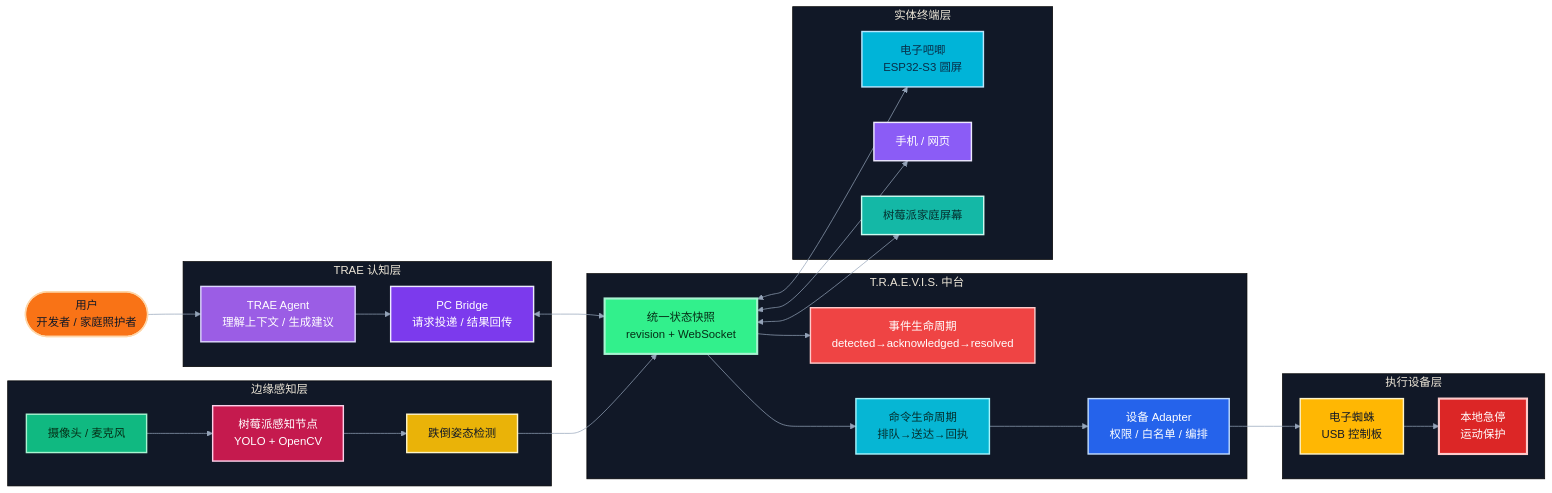
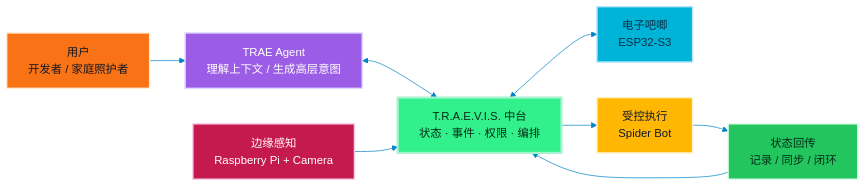
Before and after one commit to ibh4/T.R.A.E.V.I.S: the first of 5 diagrams in README.md, drawn with Mermaid. The commit also changed other lines of this file, not shown here.

````diff
--- a/README.md
+++ b/README.md
@@ -76,65 +82,27 @@
 ```mermaid
-%%{init: {"theme": "base", "themeVariables": {"fontFamily": "Inter, Microsoft YaHei, sans-serif", "background": "#0B1020", "primaryColor": "#172554", "primaryTextColor": "#F8FAFC", "primaryBorderColor": "#38BDF8", "lineColor": "#94A3B8", "tertiaryColor": "#111827"}}}%%
+%%{init: {"theme": "base", "themeVariables": {"fontFamily": "Inter, Microsoft YaHei, sans-serif", "background": "#FFFFFF", "primaryColor": "#2563EB", "primaryTextColor": "#0F172A", "primaryBorderColor": "#67E8F9", "secondaryColor": "#7C3AED", "tertiaryColor": "#E0F2FE", "lineColor": "#0284C7", "clusterBkg": "#F8FBFF", "clusterBorder": "#38BDF8", "edgeLabelBackground": "#FFFFFF"}}}%%
 flowchart LR
-    U([用户<br/>开发者 / 家庭照护者]):::user
+    USER["用户<br/>开发者 / 家庭照护者"]:::user
+    TRAE["TRAE Agent<br/>理解上下文 / 生成高层意图"]:::brain
+    HUB["T.R.A.E.V.I.S. 中台<br/>状态 · 事件 · 权限 · 编排"]:::hub
+    EDGE["边缘感知<br/>Raspberry Pi + Camera"]:::edge
+    BADGE["电子吧唧<br/>ESP32-S3"]:::badge
+    ROBOT["受控执行<br/>Spider Bot"]:::robot
+    RESULT["状态回传<br/>记录 / 同步 / 闭环"]:::result
 
-    subgraph T[TRAE 认知层]
-        TRAE[TRAE Agent<br/>理解上下文 / 生成建议]:::brain
-        BRIDGE[PC Bridge<br/>请求投递 / 结果回传]:::bridge
-    end
+    USER --> TRAE
+    TRAE <--> HUB
+    EDGE --> HUB
+    HUB <--> BADGE
+    HUB --> ROBOT
+    ROBOT --> RESULT
+    RESULT --> HUB
 
-    subgraph H[T.R.A.E.V.I.S. 中台]
-        HUB[统一状态快照<br/>revision + WebSocket]:::hub
-        EVENT[事件生命周期<br/>detected→acknowledged→resolved]:::event
-        CMD[命令生命周期<br/>排队→送达→回执]:::cmd
-        ADAPTER[设备 Adapter<br/>权限 / 白名单 / 编排]:::adapter
-    end
-
-    subgraph E[边缘感知层]
-        RPI[树莓派感知节点<br/>YOLO + OpenCV]:::rpi
-        CAM[摄像头 / 麦克风]:::cam
-        POSE[跌倒姿态检测]:::pose
-    end
-
-    subgraph D[实体终端层]
-        BADGE[电子吧唧<br/>ESP32-S3 圆屏]:::badge
-        PHONE[手机 / 网页]:::phone
-        SCREEN[树莓派家庭屏幕]:::screen
-    end
-
-    subgraph R[执行设备层]
-        SPIDER[电子蜘蛛<br/>USB 控制板]:::spider
-        STOP[本地急停<br/>运动保护]:::stop
-    end
-
-    U --> TRAE
-    TRAE --> BRIDGE
-    BRIDGE <--> HUB
-    HUB --> EVENT
-    HUB --> CMD
-    CMD --> ADAPTER
-    CAM --> RPI
-    RPI --> POSE
-    POSE --> HUB
-    HUB <--> BADGE
-    HUB <--> PHONE
-    HUB <--> SCREEN
-    ADAPTER --> SPIDER
-    SPIDER --> STOP
-
-    classDef user fill:#F97316,stroke:#FED7AA,color:#111827,stroke-width:2px;
+    classDef user fill:#F97316,stroke:#FFEDD5,color:#111827,stroke-width:2px;
     classDef brain fill:#9B5DE5,stroke:#DDD6FE,color:#FFFFFF,stroke-width:2px;
-    classDef bridge fill:#7C3AED,stroke:#EDE9FE,color:#FFFFFF,stroke-width:2px;
-    classDef hub fill:#32f08c,stroke:#A7F3D0,color:#052E16,stroke-width:3px;
-    classDef event fill:#EF4444,stroke:#FECACA,color:#FFFFFF,stroke-width:2px;
-    classDef cmd fill:#06B6D4,stroke:#A5F3FC,color:#042F2E,stroke-width:2px;
-    classDef adapter fill:#2563EB,stroke:#BFDBFE,color:#FFFFFF,stroke-width:2px;
-    classDef rpi fill:#C51A4E,stroke:#FBCFE8,color:#FFFFFF,stroke-width:2px;
-    classDef cam fill:#10B981,stroke:#A7F3D0,color:#052E16,stroke-width:2px;
-    classDef pose fill:#EAB308,stroke:#FEF3C7,color:#111827,stroke-width:2px;
+    classDef hub fill:#32F08C,stroke:#A7F3D0,color:#052E16,stroke-width:3px;
+    classDef edge fill:#C51A4E,stroke:#FBCFE8,color:#FFFFFF,stroke-width:2px;
     classDef badge fill:#00B4D8,stroke:#BAE6FD,color:#082F49,stroke-width:2px;
-    classDef phone fill:#8B5CF6,stroke:#EDE9FE,color:#FFFFFF,stroke-width:2px;
-    classDef screen fill:#14B8A6,stroke:#CCFBF1,color:#042F2E,stroke-width:2px;
-    classDef spider fill:#FFB703,stroke:#FEF3C7,color:#111827,stroke-width:2px;
-    classDef stop fill:#DC2626,stroke:#FECACA,color:#FFFFFF,stroke-width:3px;
+    classDef robot fill:#FFB703,stroke:#FEF3C7,color:#111827,stroke-width:2px;
+    classDef result fill:#22C55E,stroke:#DCFCE7,color:#052E16,stroke-width:2px;
 ```
````
